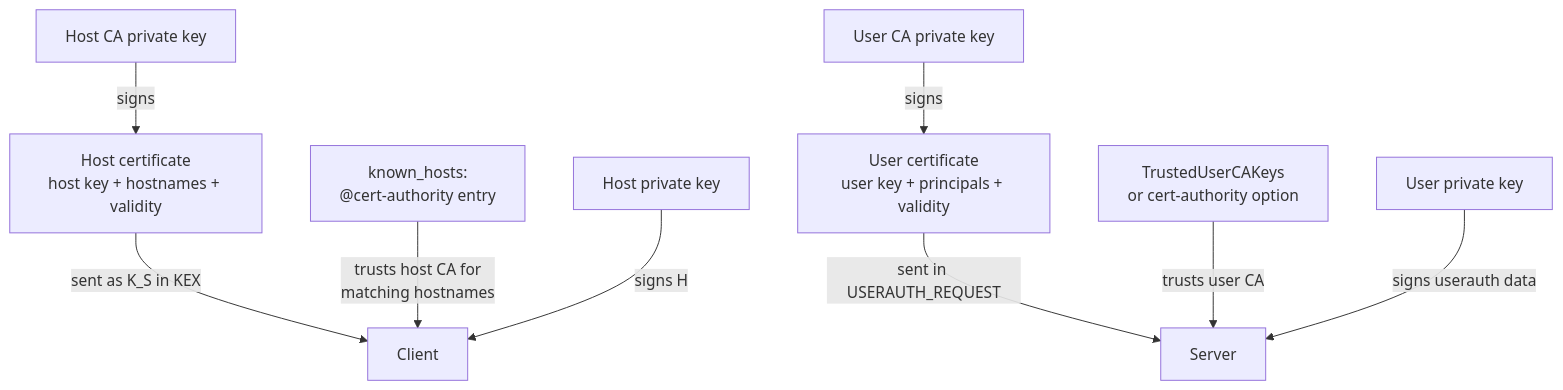
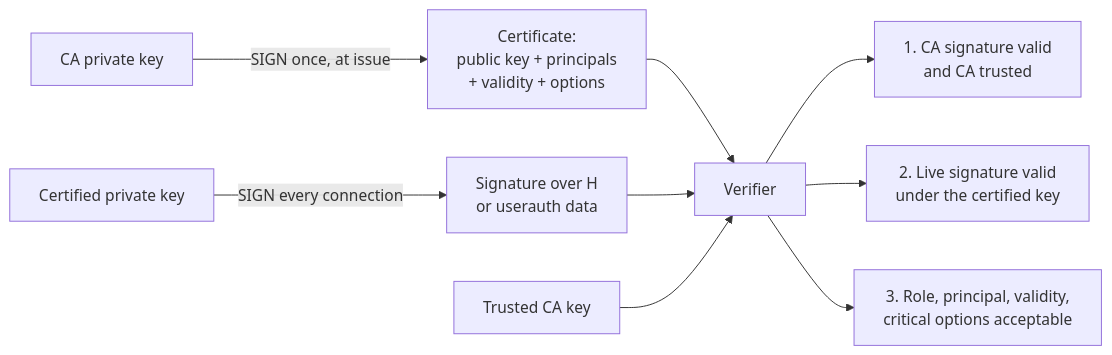
The fifth of 5 diagrams in src/crypto-signatures.md (fornwall/ssh-protocol), drawn with Mermaid before and after one commit. The commit also changed other lines of this file and 27 other files, not shown here.

````diff
--- a/src/crypto-signatures.md
+++ b/src/crypto-signatures.md
@@ -548,12 +514,11 @@
 ```mermaid
-flowchart TB
-    HCA["Host CA private key"] -->|"signs"| HC["Host certificate<br/>host key + hostnames + validity"]
-    HC -->|"sent as K_S in KEX"| Client["Client"]
-    KH["known_hosts:<br/>@cert-authority entry"] -->|"trusts host CA for<br/>matching hostnames"| Client
-    HK["Host private key"] -->|"signs H"| Client
-
-    UCA["User CA private key"] -->|"signs"| UC["User certificate<br/>user key + principals + validity"]
-    UC -->|"sent in USERAUTH_REQUEST"| Server["Server"]
-    TU["TrustedUserCAKeys<br/>or cert-authority option"] -->|"trusts user CA"| Server
-    UK["User private key"] -->|"signs userauth data"| Server
+flowchart LR
+    CA["CA private key"] -->|"SIGN once, at issue"| Cert["Certificate:<br/>public key + principals<br/>+ validity + options"]
+    Priv["Certified private key"] -->|"SIGN every connection"| Live["Signature over H<br/>or userauth data"]
+    Cert --> V["Verifier"]
+    Live --> V
+    Trust["Trusted CA key"] --> V
+    V --> C1["1. CA signature valid<br/>and CA trusted"]
+    V --> C2["2. Live signature valid<br/>under the certified key"]
+    V --> C3["3. Role, principal, validity,<br/>critical options acceptable"]
 ```
````
